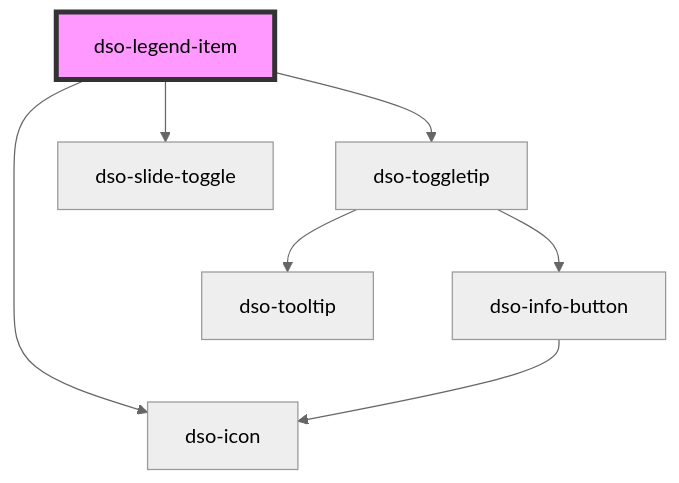
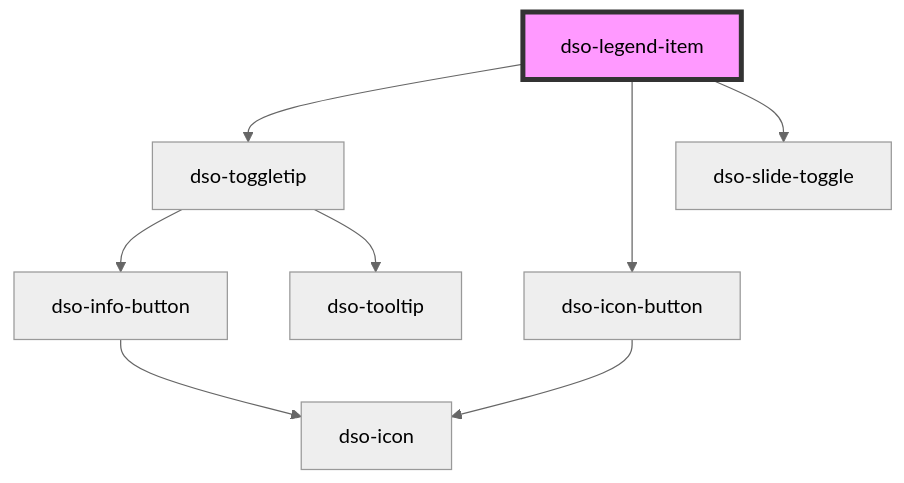
One commit to dso-toolkit/dso-toolkit changed the diagram in packages/core/src/components/legend-item/readme.md. Above: the diagram before and after it, drawn with Mermaid (neutral theme). The commit also changed other lines of this file and 38 other files, not shown here.

Commit message:
#2315 [Added] Icon Button: Nieuw component

````diff
--- a/packages/core/src/components/legend-item/readme.md
+++ b/packages/core/src/components/legend-item/readme.md
@@ -44,10 +44,11 @@
 ```mermaid
 graph TD;
   dso-legend-item --> dso-toggletip
-  dso-legend-item --> dso-icon
+  dso-legend-item --> dso-icon-button
   dso-legend-item --> dso-slide-toggle
   dso-toggletip --> dso-info-button
   dso-toggletip --> dso-tooltip
   dso-info-button --> dso-icon
+  dso-icon-button --> dso-icon
   style dso-legend-item fill:#f9f,stroke:#333,stroke-width:4px
 ```
````
